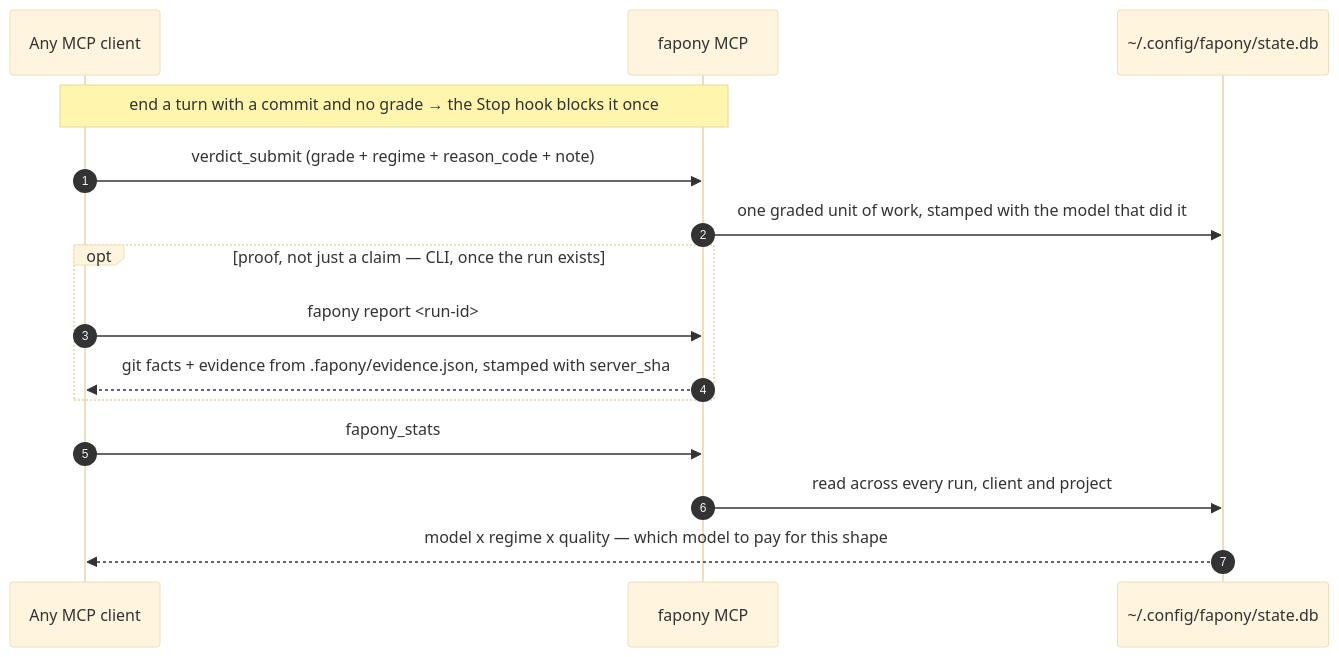
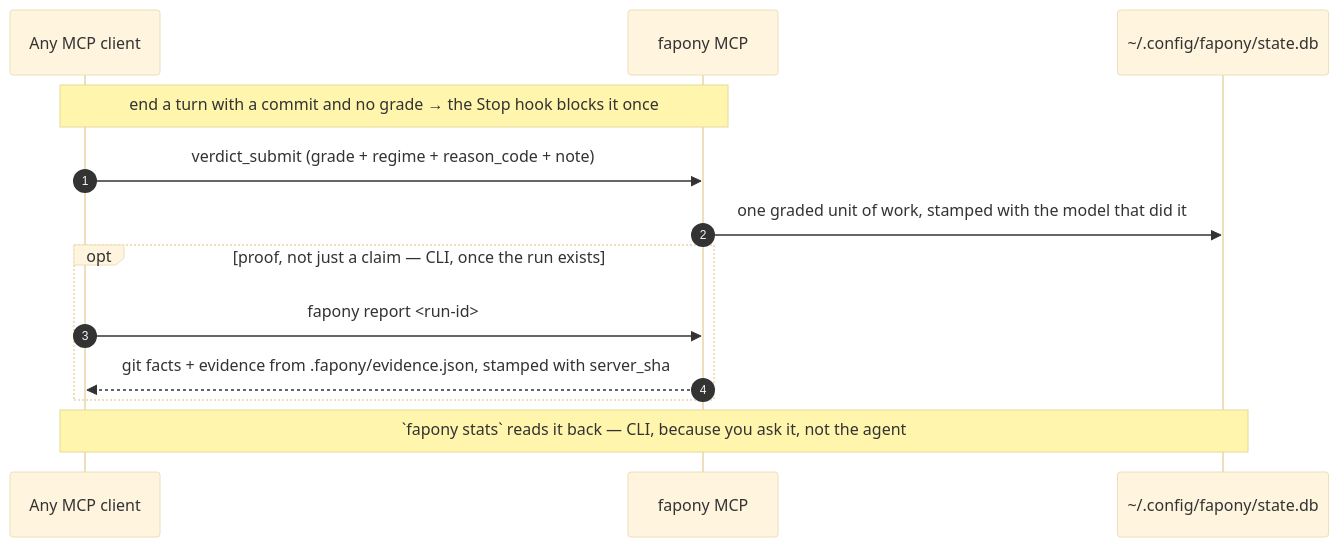
Before and after one commit to inonix-dev/fapony: the second of 4 diagrams in README.md, drawn with Mermaid (base theme). The commit also changed other lines of this file and 15 other files, not shown here.

````diff
--- a/README.md
+++ b/README.md
@@ -186,18 +186,16 @@
 ```mermaid
 sequenceDiagram
     autonumber
     participant A as Any MCP client
     participant F as fapony MCP
     participant L as ~/.config/fapony/state.db
 
     Note over A,F: end a turn with a commit and no grade → the Stop hook blocks it once
     A->>F: verdict_submit (grade + regime + reason_code + note)
     F->>L: one graded unit of work, stamped with the model that did it
     opt proof, not just a claim — CLI, once the run exists
         A->>F: fapony report <run-id>
         F-->>A: git facts + evidence from .fapony/evidence.json, stamped with server_sha
     end
-    A->>F: fapony_stats
-    F->>L: read across every run, client and project
-    L-->>A: model x regime x quality — which model to pay for this shape
+    Note over A,L: `fapony stats` reads it back — CLI, because you ask it, not the agent
 ```
````
